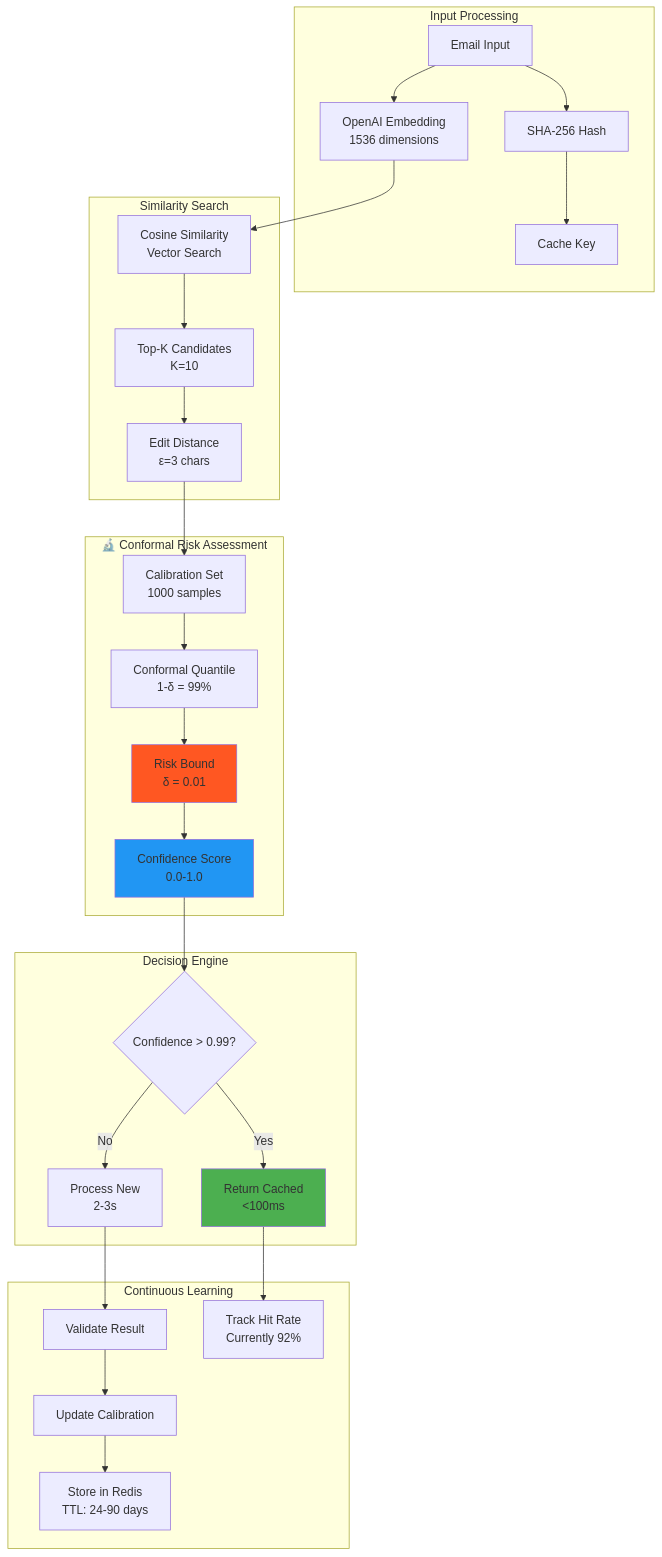
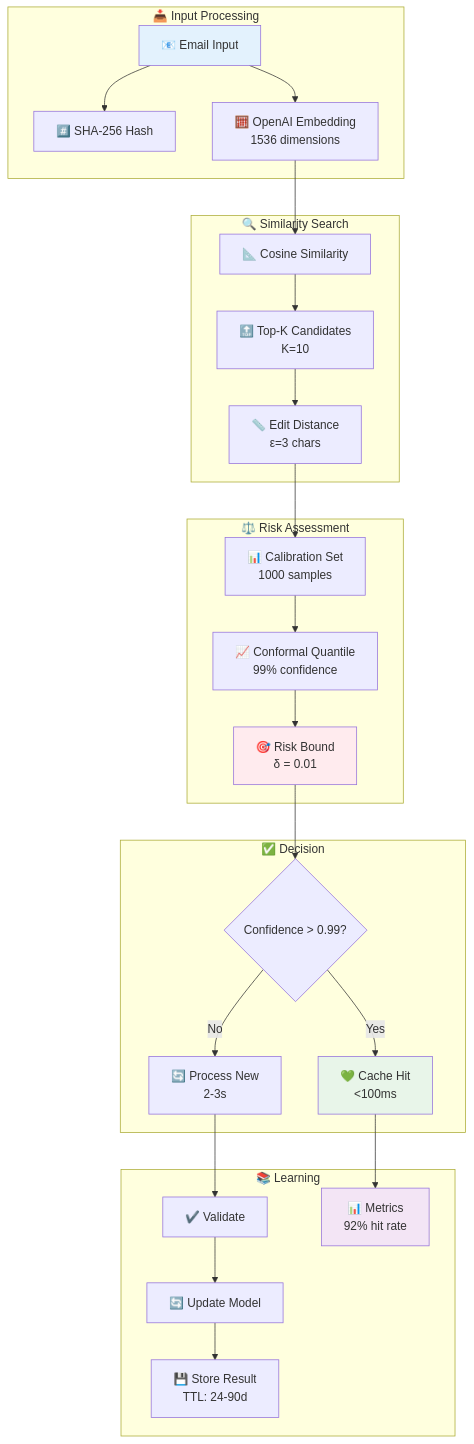
One commit to romiteld/ZohoDealCreation changed the seventh of 13 diagrams in ARCHITECTURE.md. Above: the diagram before and after it, drawn with Mermaid. The commit also changed other lines of this file and 2 other files, not shown here.

First line of the commit message:
Architecture: Update C4 diagrams to accurately reflect codebase and Azure infrastructure

````diff
--- a/ARCHITECTURE.md
+++ b/ARCHITECTURE.md
@@ -196,38 +397,37 @@
 ```mermaid
-graph TD
-    subgraph "Input Processing"
-        INPUT[Email Input] --> HASH[SHA-256 Hash]
-        INPUT --> EMBED[OpenAI Embedding<br/>1536 dimensions]
-        HASH --> KEY[Cache Key]
+flowchart TB
+    subgraph "📥 Input Processing"
+        A[📧 Email Input] --> B[#️⃣ SHA-256 Hash]
+        A --> C[🧮 OpenAI Embedding<br/>1536 dimensions]
     end
     
-    subgraph "Similarity Search"
-        EMBED --> COSINE[Cosine Similarity<br/>Vector Search]
-        COSINE --> CANDIDATES[Top-K Candidates<br/>K=10]
-        CANDIDATES --> DISTANCE[Edit Distance<br/>ε=3 chars]
+    subgraph "🔍 Similarity Search"
+        C --> D[📐 Cosine Similarity]
+        D --> E[🔝 Top-K Candidates<br/>K=10]
+        E --> F[📏 Edit Distance<br/>ε=3 chars]
     end
     
-    subgraph "🔬 Conformal Risk Assessment"
-        DISTANCE --> CALIBRATE[Calibration Set<br/>1000 samples]
-        CALIBRATE --> QUANTILE[Conformal Quantile<br/>1-δ = 99%]
-        QUANTILE --> BOUND[Risk Bound<br/>δ = 0.01]
-        BOUND --> CONFIDENCE[Confidence Score<br/>0.0-1.0]
+    subgraph "⚖️ Risk Assessment"
+        F --> G[📊 Calibration Set<br/>1000 samples]
+        G --> H[📈 Conformal Quantile<br/>99% confidence]
+        H --> I[🎯 Risk Bound<br/>δ = 0.01]
     end
     
-    subgraph "Decision Engine"
-        CONFIDENCE --> DECIDE{Confidence > 0.99?}
-        DECIDE -->|Yes| CACHE_HIT[Return Cached<br/><100ms]
-        DECIDE -->|No| PROCESS[Process New<br/>2-3s]
+    subgraph "✅ Decision"
+        I --> J{Confidence > 0.99?}
+        J -->|Yes| K[💚 Cache Hit<br/><100ms]
+        J -->|No| L[🔄 Process New<br/>2-3s]
     end
     
-    subgraph "Continuous Learning"
-        PROCESS --> VALIDATE[Validate Result]
-        VALIDATE --> UPDATE[Update Calibration]
-        UPDATE --> STORE[Store in Redis<br/>TTL: 24-90 days]
-        CACHE_HIT --> METRICS[Track Hit Rate<br/>Currently 92%]
+    subgraph "📚 Learning"
+        L --> M[✔️ Validate]
+        M --> N[🔄 Update Model]
+        N --> O[💾 Store Result<br/>TTL: 24-90d]
+        K --> P[📊 Metrics<br/>92% hit rate]
     end
     
-    style BOUND fill:#FF5722
-    style CACHE_HIT fill:#4CAF50
-    style CONFIDENCE fill:#2196F3
+    style A fill:#e3f2fd
+    style I fill:#ffebee
+    style K fill:#e8f5e9
+    style P fill:#f3e5f5
 ```
````
